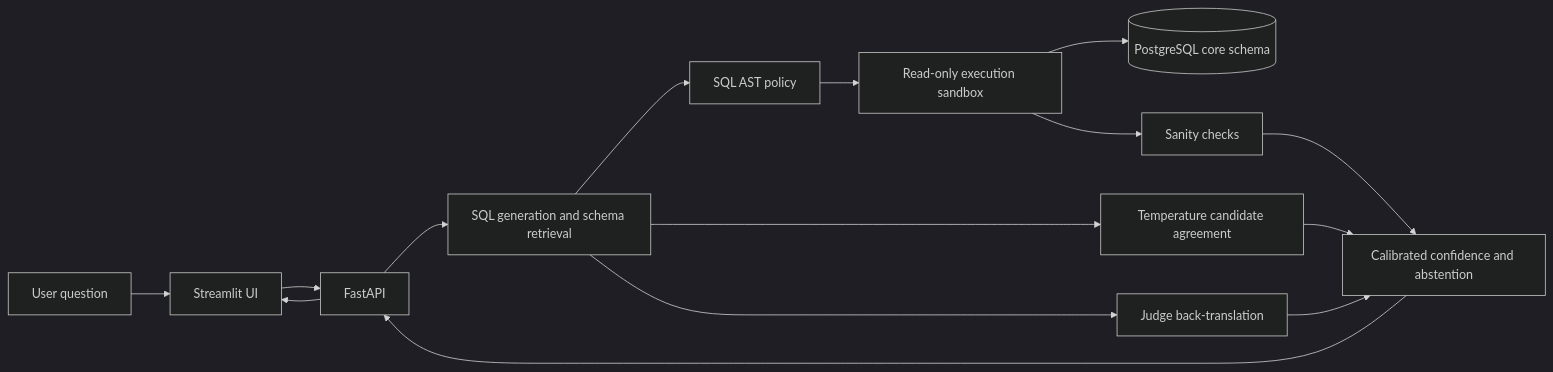
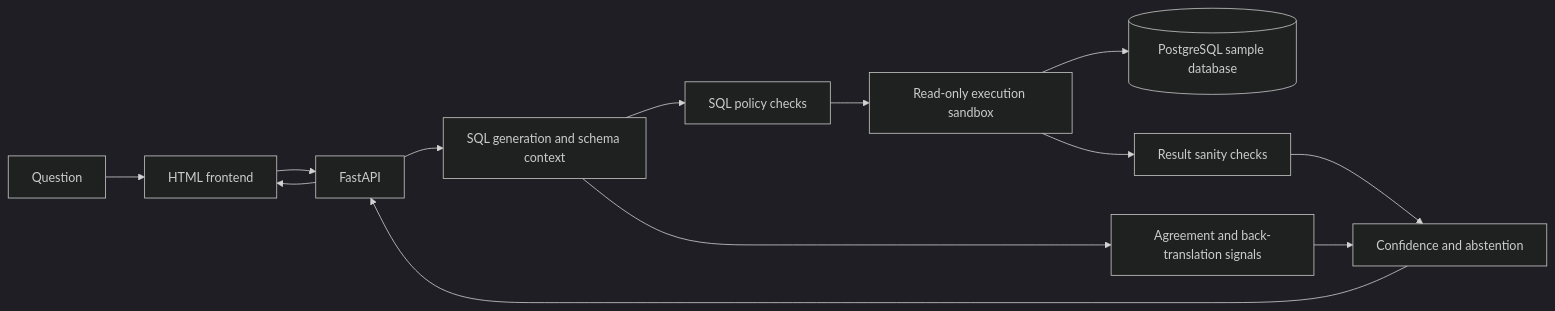
The diagram in README.md (chaithanyabs441-ux/text2sql-with-guardrails), drawn with Mermaid (dark theme) before and after one commit. The commit also changed other lines of this file and 6 other files, not shown here.

````diff
--- a/README.md
+++ b/README.md
@@ -60,17 +26,15 @@
 ```mermaid
 flowchart LR
-    U[User question] --> UI[Streamlit UI]
-    UI --> API[FastAPI]
-    API --> G[SQL generation and schema retrieval]
-    G --> P[SQL AST policy]
-    P --> S[Read-only execution sandbox]
-    S --> DB[(PostgreSQL core schema)]
-    S --> V[Sanity checks]
-    G --> A[Temperature candidate agreement]
-    G --> J[Judge back-translation]
-    V --> C[Calibrated confidence and abstention]
-    A --> C
-    J --> C
-    C --> API
-    API --> UI
+    U[Question] --> W[HTML frontend]
+    W --> A[FastAPI]
+    A --> G[SQL generation and schema context]
+    G --> P[SQL policy checks]
+    P --> X[Read-only execution sandbox]
+    X --> D[(PostgreSQL sample database)]
+    X --> S[Result sanity checks]
+    G --> V[Agreement and back-translation signals]
+    S --> C[Confidence and abstention]
+    V --> C
+    C --> A
+    A --> W
 ```
````
